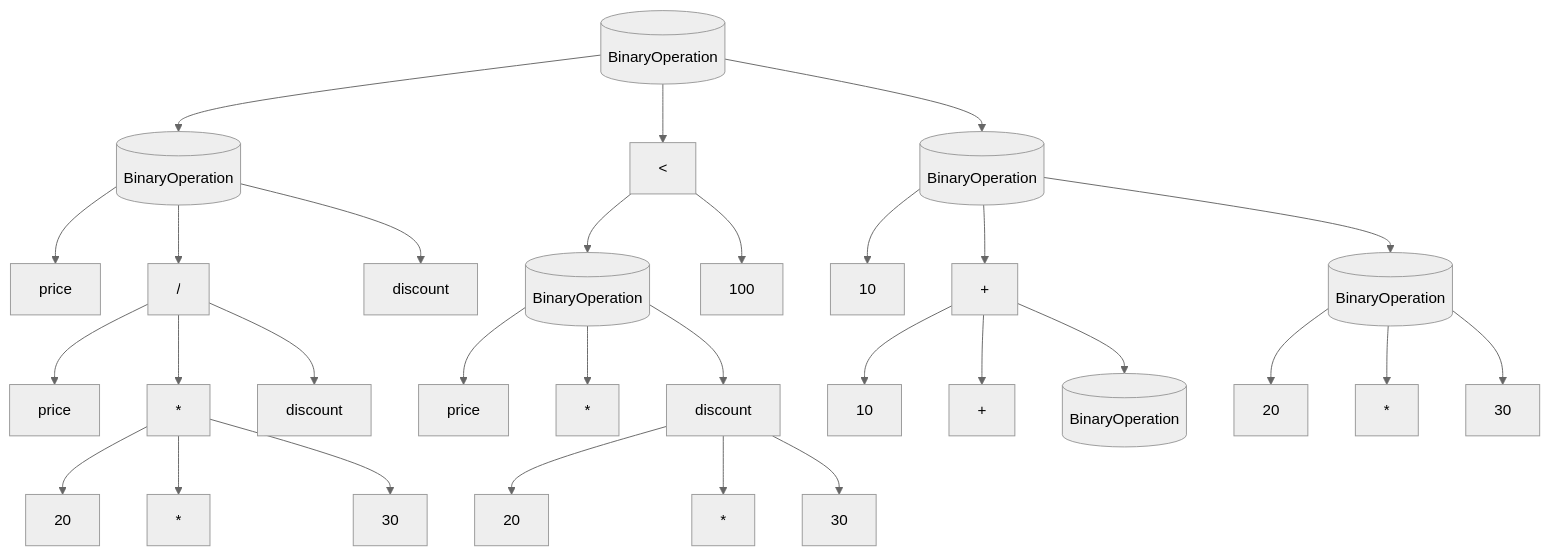
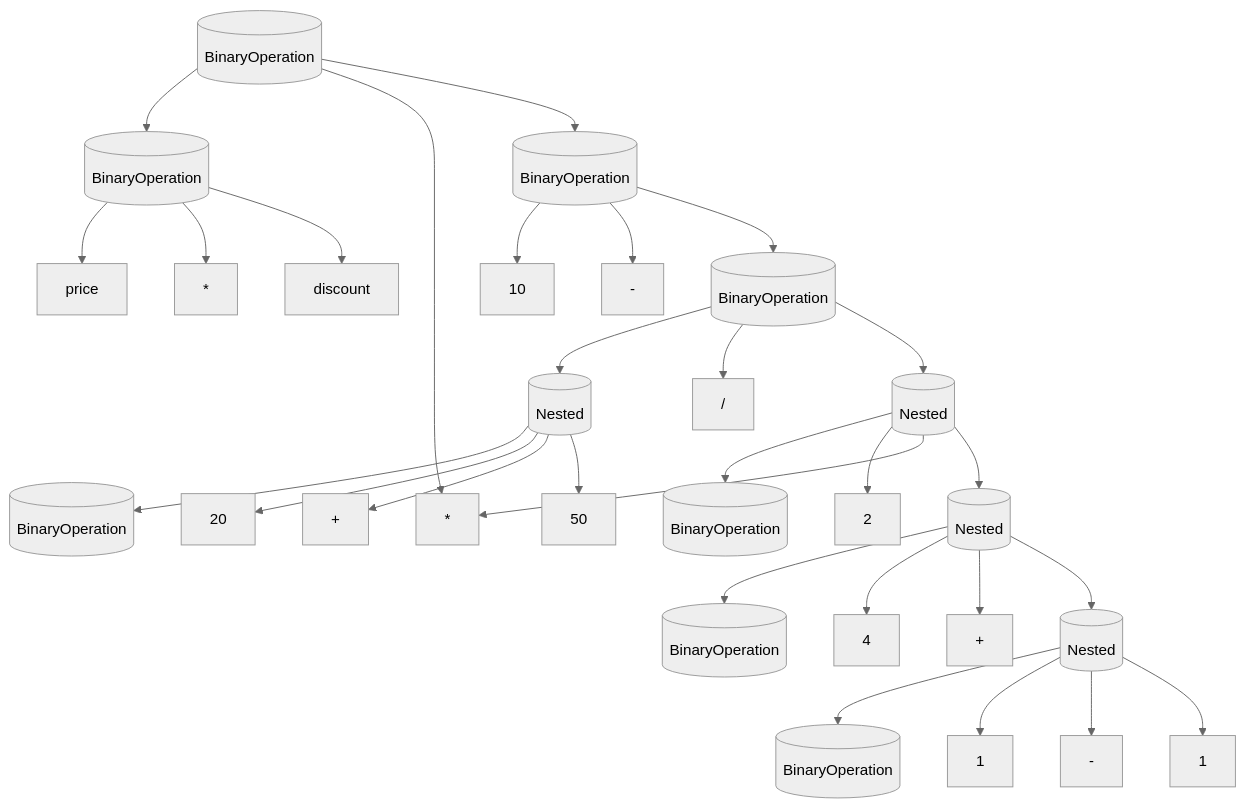
One commit to TickLabVN/challenges changed diagram 16 of 16 in engineer/cs/simple-csv-query-tool/timelines/week_2/testcase.md. Above: the diagram before and after it, drawn with Mermaid (neutral theme). The commit also changed other lines of this file, not shown here.

````diff
--- a/engineer/cs/simple-csv-query-tool/timelines/week_2/testcase.md
+++ b/engineer/cs/simple-csv-query-tool/timelines/week_2/testcase.md
@@ -644,47 +758,46 @@
 ```mermaid
 flowchart TD
     OP1[(BinaryOperation)]
     OP2[(BinaryOperation)]
     OP3[(BinaryOperation)]
     OP4[(BinaryOperation)]
     OP5[(BinaryOperation)]
+    OP6[(BinaryOperation)]
+    OP7[(BinaryOperation)]
 
     OP1 --> LEFT1[(BinaryOperation)]
-    OP1 --> OP5[<]
+    OP1 --> OP8[>=]
     OP1 --> RIGHT1[(BinaryOperation)]
 
     LEFT1 --> LEFT2[price]
-    LEFT1 --> OP2["/"]
+    LEFT1 --> OP2[*]
     LEFT1 --> RIGHT2[discount]
-    
-    OP2 --> LEFT3[price]
-    OP2 --> OP3[*]
-    OP2 --> RIGHT3[discount]
 
-    RIGHT1 --> LEFT4[10]
-    RIGHT1 --> OP4[+]
-    RIGHT1 --> RIGHT4[(BinaryOperation)]
-    
-    RIGHT4 --> LEFT5[20]
-    RIGHT4 --> OP6[*]
-    RIGHT4 --> RIGHT5[30]
+    RIGHT1 --> LEFT3[10]
+    RIGHT1 --> OP3[-]
+    RIGHT1 --> RIGHT3[(BinaryOperation)]
 
-    OP3 --> LEFT6[20]
-    OP3 --> OP7[*]
-    OP3 --> RIGHT6[30]
-    
-    OP4 --> LEFT7[10]
-    OP4 --> OP8[+]
-    OP4 --> RIGHT7[(BinaryOperation)]
-    
-    OP5 --> LEFT8[(BinaryOperation)]
-    OP5 --> RIGHT8[100]
+    RIGHT3 --> LEFT4[(Nested)]
+    RIGHT3 --> OP4["/"]
+    RIGHT3 --> RIGHT4[(Nested)]
 
-    LEFT8 --> LEFT9[price]
-    LEFT8 --> OP9[*]
-    LEFT8 --> RIGHT9[discount]
-    
-    RIGHT9 --> LEFT10[20]
-    RIGHT9 --> OP10[*]
-    RIGHT9 --> RIGHT10[30]
+    LEFT4 --> OP5[(BinaryOperation)]
+    LEFT4 --> LEFT5[20]
+    LEFT4 --> OP6[+]
+    LEFT4 --> RIGHT5[50]
+
+    RIGHT4 --> OP7[(BinaryOperation)]
+    RIGHT4 --> LEFT6[2]
+    RIGHT4 --> OP8[*]
+    RIGHT4 --> RIGHT6[(Nested)]
+
+    RIGHT6 --> OP9[(BinaryOperation)]
+    RIGHT6 --> LEFT7[4]
+    RIGHT6 --> OP10[+]
+    RIGHT6 --> RIGHT7[(Nested)]
+
+    RIGHT7 --> OP11[(BinaryOperation)]
+    RIGHT7 --> LEFT8[1]
+    RIGHT7 --> OP12[-]
+    RIGHT7 --> RIGHT8[1]
 ```
````
